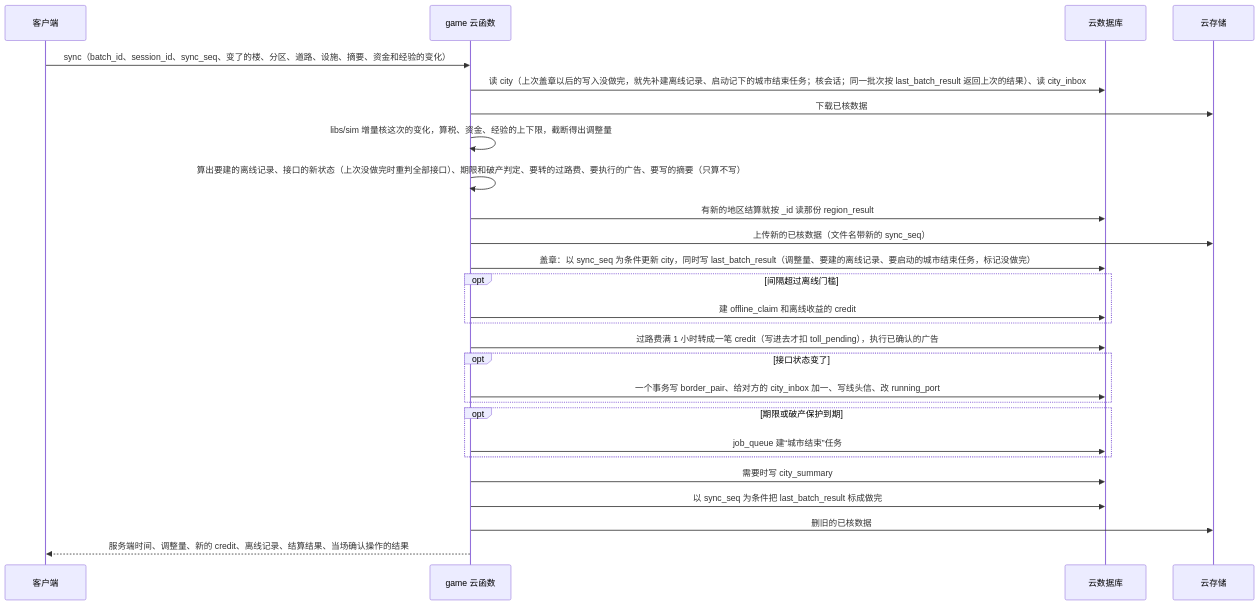
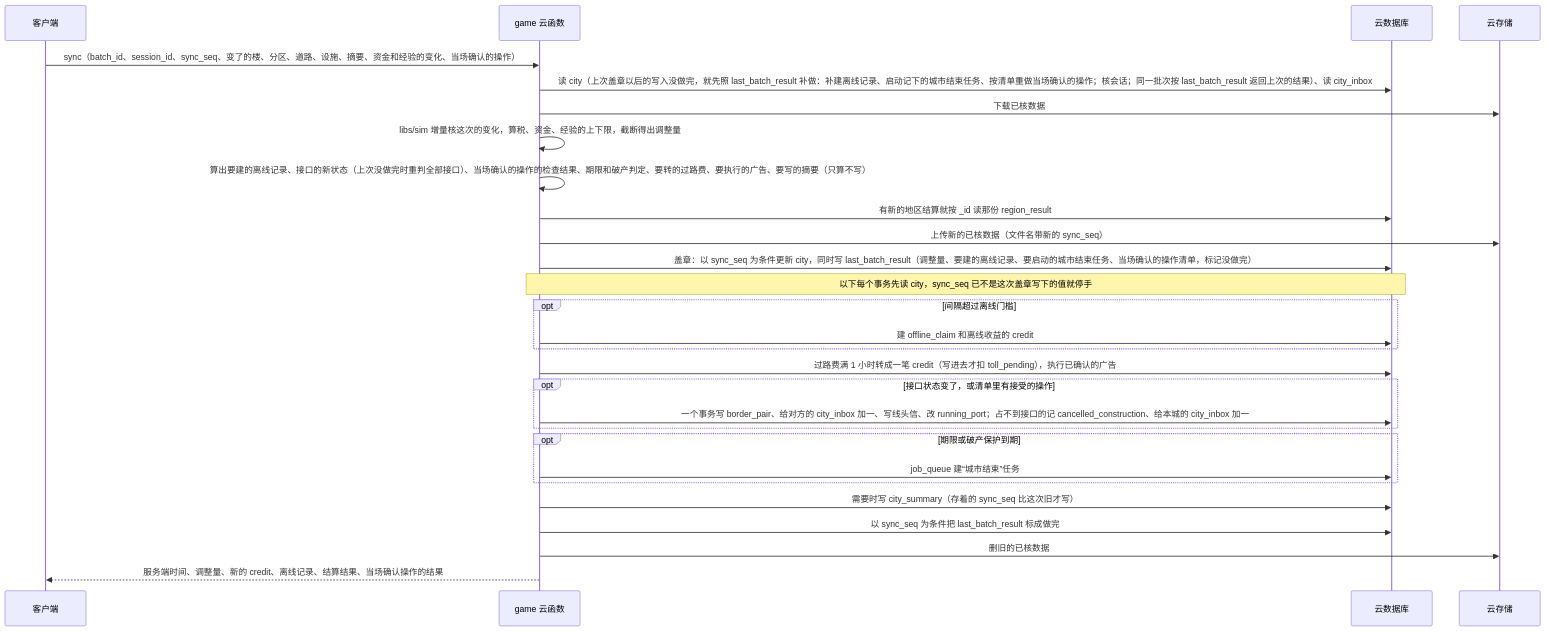
The fifth of 9 diagrams in docs/architecture/overview.md (juanchaopan/city-link), drawn with Mermaid before and after one commit. The commit also changed other lines of this file and 5 other files, not shown here.

````diff
--- a/docs/architecture/overview.md
+++ b/docs/architecture/overview.md
@@ -159,29 +159,30 @@
 ```mermaid
 sequenceDiagram
   participant C as 客户端
   participant G as game 云函数
   participant D as 云数据库
   participant S as 云存储
-  C->>G: sync（batch_id、session_id、sync_seq、变了的楼、分区、道路、设施、摘要、资金和经验的变化）
-  G->>D: 读 city（上次盖章以后的写入没做完，就先补建离线记录、启动记下的城市结束任务；核会话；同一批次按 last_batch_result 返回上次的结果）、读 city_inbox
+  C->>G: sync（batch_id、session_id、sync_seq、变了的楼、分区、道路、设施、摘要、资金和经验的变化、当场确认的操作）
+  G->>D: 读 city（上次盖章以后的写入没做完，就先照 last_batch_result 补做：补建离线记录、启动记下的城市结束任务、按清单重做当场确认的操作；核会话；同一批次按 last_batch_result 返回上次的结果）、读 city_inbox
   G->>S: 下载已核数据
   G->>G: libs/sim 增量核这次的变化，算税、资金、经验的上下限，截断得出调整量
-  G->>G: 算出要建的离线记录、接口的新状态（上次没做完时重判全部接口）、期限和破产判定、要转的过路费、要执行的广告、要写的摘要（只算不写）
+  G->>G: 算出要建的离线记录、接口的新状态（上次没做完时重判全部接口）、当场确认的操作的检查结果、期限和破产判定、要转的过路费、要执行的广告、要写的摘要（只算不写）
   G->>D: 有新的地区结算就按 _id 读那份 region_result
   G->>S: 上传新的已核数据（文件名带新的 sync_seq）
-  G->>D: 盖章：以 sync_seq 为条件更新 city，同时写 last_batch_result（调整量、要建的离线记录、要启动的城市结束任务，标记没做完）
+  G->>D: 盖章：以 sync_seq 为条件更新 city，同时写 last_batch_result（调整量、要建的离线记录、要启动的城市结束任务、当场确认的操作清单，标记没做完）
+  Note over G,D: 以下每个事务先读 city，sync_seq 已不是这次盖章写下的值就停手
   opt 间隔超过离线门槛
     G->>D: 建 offline_claim 和离线收益的 credit
   end
   G->>D: 过路费满 1 小时转成一笔 credit（写进去才扣 toll_pending），执行已确认的广告
-  opt 接口状态变了
-    G->>D: 一个事务写 border_pair、给对方的 city_inbox 加一、写线头信、改 running_port
+  opt 接口状态变了，或清单里有接受的操作
+    G->>D: 一个事务写 border_pair、给对方的 city_inbox 加一、写线头信、改 running_port；占不到接口的记 cancelled_construction、给本城的 city_inbox 加一
   end
   opt 期限或破产保护到期
     G->>D: job_queue 建“城市结束”任务
   end
-  G->>D: 需要时写 city_summary
+  G->>D: 需要时写 city_summary（存着的 sync_seq 比这次旧才写）
   G->>D: 以 sync_seq 为条件把 last_batch_result 标成做完
   G->>S: 删旧的已核数据
   G-->>C: 服务端时间、调整量、新的 credit、离线记录、结算结果、当场确认操作的结果
 ```
````
